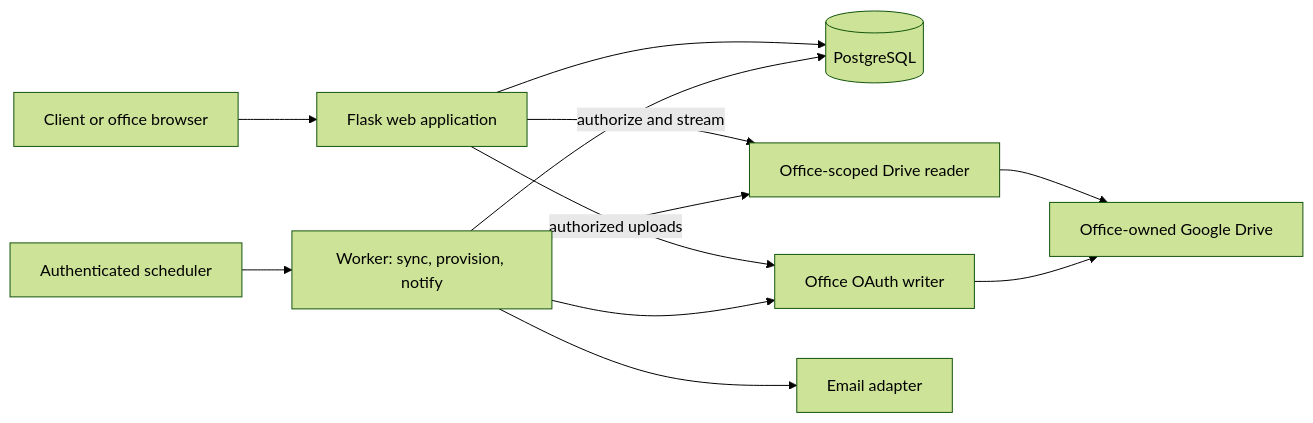
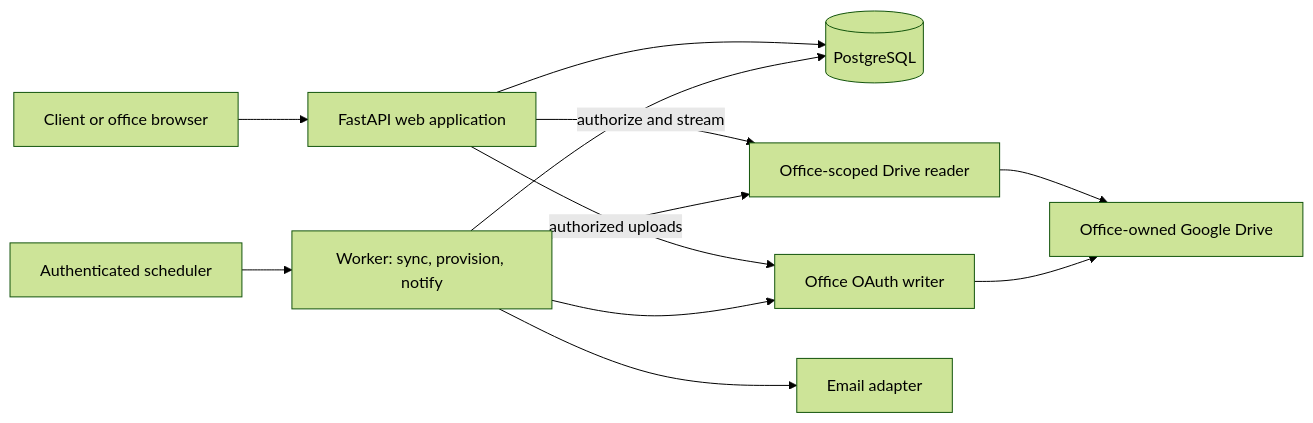
The diagram in docs/multi-tenant-implementation-plan.md (fabiogelbcke/arqproj), drawn with Mermaid (forest theme) before and after one commit. The commit also changed other lines of this file and 1 other file, not shown here.

````diff
--- a/docs/multi-tenant-implementation-plan.md
+++ b/docs/multi-tenant-implementation-plan.md
@@ -146,14 +184,14 @@
 ```mermaid
 flowchart LR
-  Client[Client or office browser] --> Web[Flask web application]
+  Client[Client or office browser] --> Web[FastAPI web application]
   Web --> DB[(PostgreSQL)]
   Web -->|authorize and stream| Read[Office-scoped Drive reader]
   Web -->|authorized uploads| Write[Office OAuth writer]
   Read --> Drive[Office-owned Google Drive]
   Write --> Drive
   Scheduler[Authenticated scheduler] --> Worker[Worker: sync, provision, notify]
   Worker --> DB
   Worker --> Read
   Worker --> Write
   Worker --> Mail[Email adapter]
 ```
````
